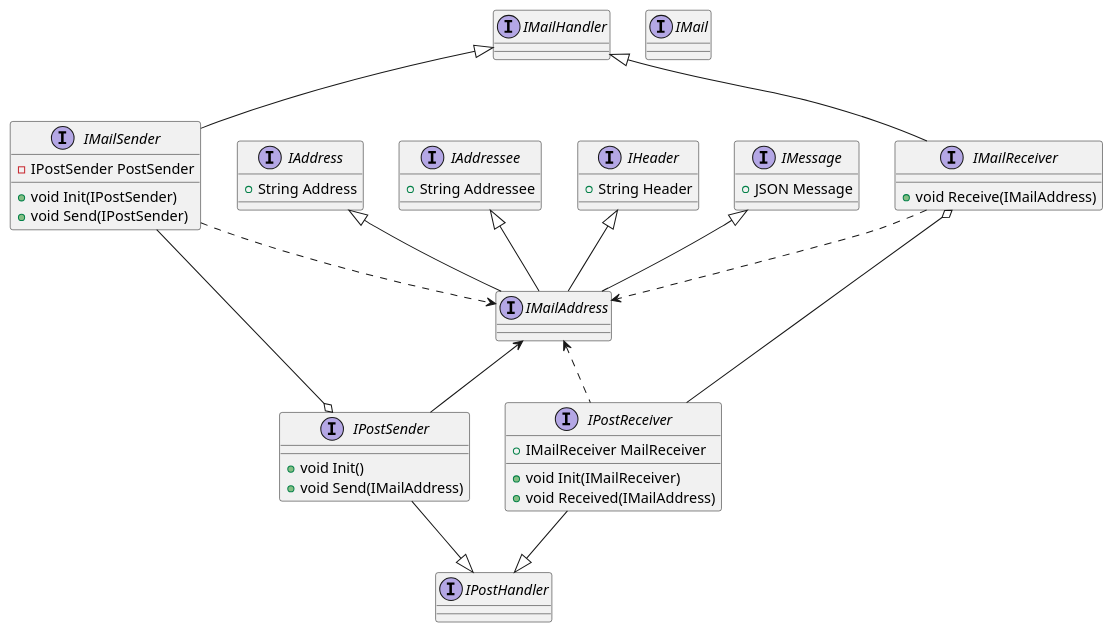
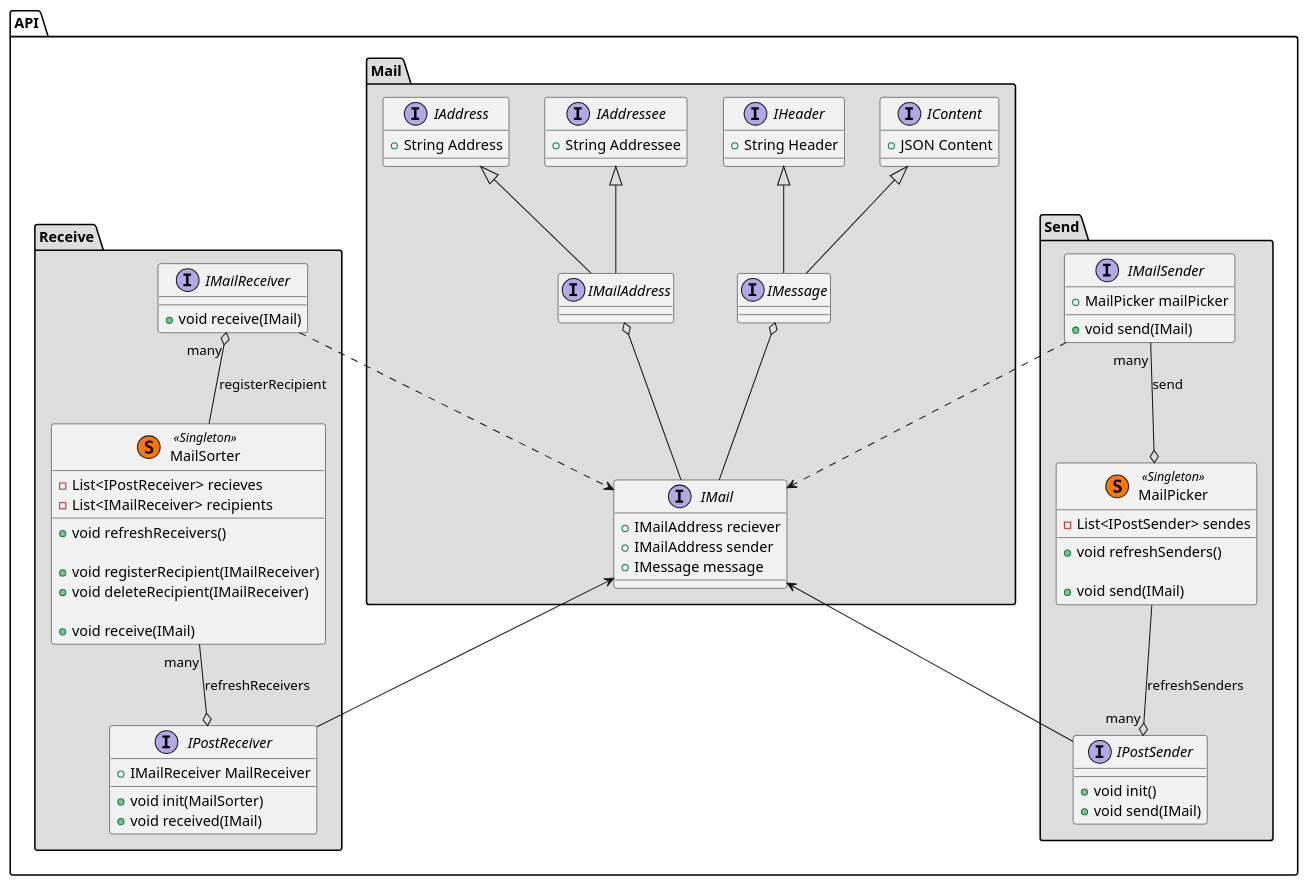
The diagram in src/API/Diagram/API.Core.Diagram.puml (DenisGeek/soerbot), drawn with PlantUML before and after one commit.

Commit message:
added - namespaces - MailSorter - MailPicker

```diff
--- a/src/API/Diagram/API.Core.Diagram.puml
+++ b/src/API/Diagram/API.Core.Diagram.puml
@@ -1,81 +1,119 @@
 @startuml
 scale 1
 ' skinparam classAttributeIconSize 0
 
-interface IAddress
-{
-    + String Address 
-}
-interface IAddressee
-{
-    + String Addressee
-} 
+namespace API.Mail #DDDDDD {
+    IMailAddress o-- IMail
+    IMessage o-- IMail
 
-interface IMailAddress
-{
+    IContent <|-- IMessage
+    IHeader <|-- IMessage
+    IAddressee <|-- IMailAddress
+    IAddress <|-- IMailAddress
+
+    interface IAddress
+    {
+        + String Address 
+    }
+    interface IAddressee
+    {
+        + String Addressee
+    } 
+
+    interface IMailAddress
+    {
+    }
+
+    interface IHeader
+    {
+        + String Header 
+    }
+    interface IContent
+    {
+        + JSON Content
+    }
+    interface IMessage
+    {
+    }
+    interface IMail
+    {
+        + IMailAddress reciever
+        + IMailAddress sender
+        + IMessage message
+    }
 }
 
-interface IHeader
-{
-    + String Header 
-}
-interface IMessage
-{
-    + JSON Message
-}
+namespace API.Send #DDDDDD {
+    interface IMailSender
+    {
+        + MailPicker mailPicker
+        + void send(IMail)
+    }
+    class MailPicker << (S,#FF7700) Singleton >>
+    {
+        - List<IPostSender> sendes
+        + void refreshSenders()
 
-interface IMail
-{
-}
+        + void send(IMail)
+    }
+    interface IPostSender
+    {
+        + void init()
+        + void send(IMail)
+    }
 
-interface IMailHandler
-{
-}
-interface IMailSender
-{
-    - IPostSender PostSender
-    + void Init(IPostSender)
-    + void Send(IPostSender)
-}
-interface IPostSender
-{
-    + void Init()
-    + void Send(IMailAddress)
+    IMailSender ..> API.Mail.IMail
+    IMailSender "many" --o MailPicker :send
+    MailPicker --o "many" IPostSender :refreshSenders
+    API.Mail.IMail <-- IPostSender
 }
 
 
-interface IMailReceiver
-{
-    + void Receive(IMailAddress)
-}
-interface IPostReceiver
-{
-    + IMailReceiver MailReceiver
-    + void Init(IMailReceiver)
-    + void Received(IMailAddress)
+namespace API.Receive #DDDDDD {
+    interface IMailReceiver
+    {
+        + void receive(IMail)
+    }
+    class MailSorter << (S,#FF7700) Singleton >>
+    {
+        - List<IPostReceiver> recieves
+        - List<IMailReceiver> recipients
+        + void refreshReceivers()
+ 
+        + void registerRecipient(IMailReceiver)
+        + void deleteRecipient(IMailReceiver)
+
+       + void receive(IMail)
+    }
+    interface IPostReceiver
+    {
+        + IMailReceiver MailReceiver
+        + void init(MailSorter)
+        + void received(IMail)
+    }
+
+    IMailReceiver ..> API.Mail.IMail
+    IMailReceiver "many" o-- MailSorter : registerRecipient
+    MailSorter "many" --o IPostReceiver : refreshReceivers
+    API.Mail.IMail <-- IPostReceiver
 }
 
-interface IPostHandler
-{
-}
 
-IMessage <|-- IMailAddress
-IHeader <|-- IMailAddress
-IAddressee <|-- IMailAddress
-IAddress <|-- IMailAddress
 
-IMailHandler <|-- IMailReceiver
-IMailHandler <|-- IMailSender
 
-IMailSender ..> IMailAddress
-IMailReceiver ..> IMailAddress
-IMailAddress <-- IPostSender
-IMailAddress <.. IPostReceiver
 
-IMailSender --o IPostSender
-IMailReceiver o-- IPostReceiver
 
-IPostReceiver --|> IPostHandler
-IPostSender  --|> IPostHandler
+
+' interface IMailHandler
+' {
+' }
+' IMailHandler <|-- IMailReceiver
+' IMailHandler <|-- IMailSender
+
+' interface IPostHandler
+' {
+' }
+' IPostReceiver --|> IPostHandler
+' IPostSender  --|> IPostHandler
 
 @enduml
```
